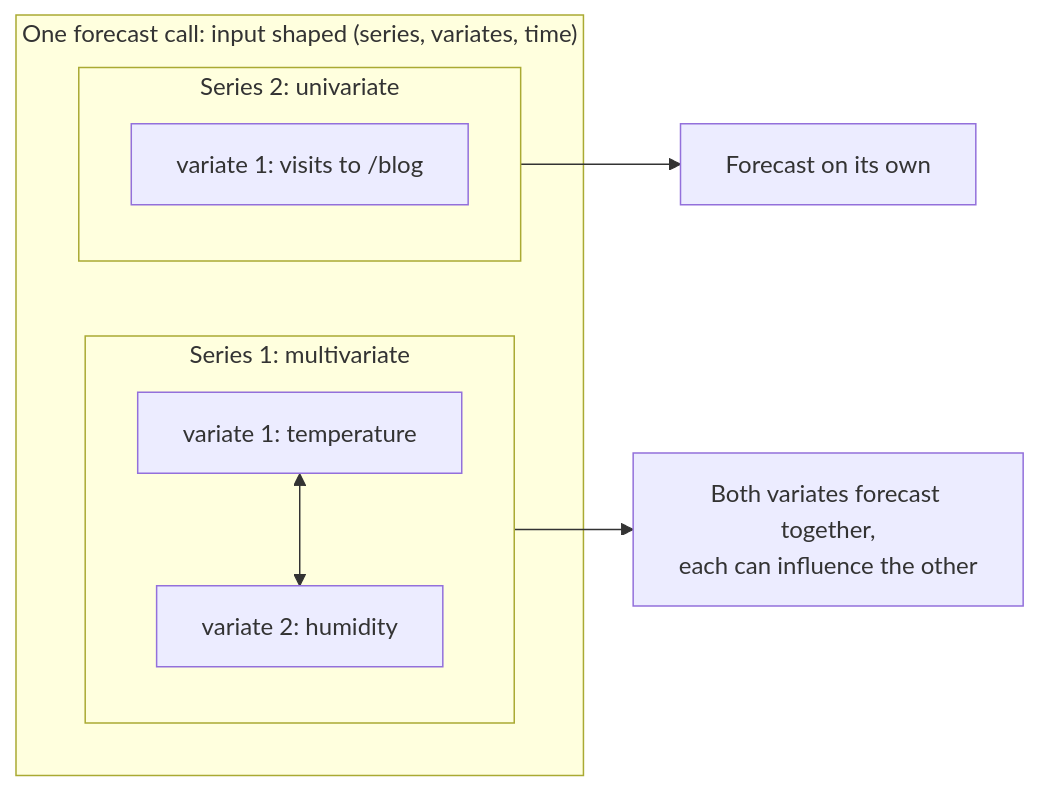
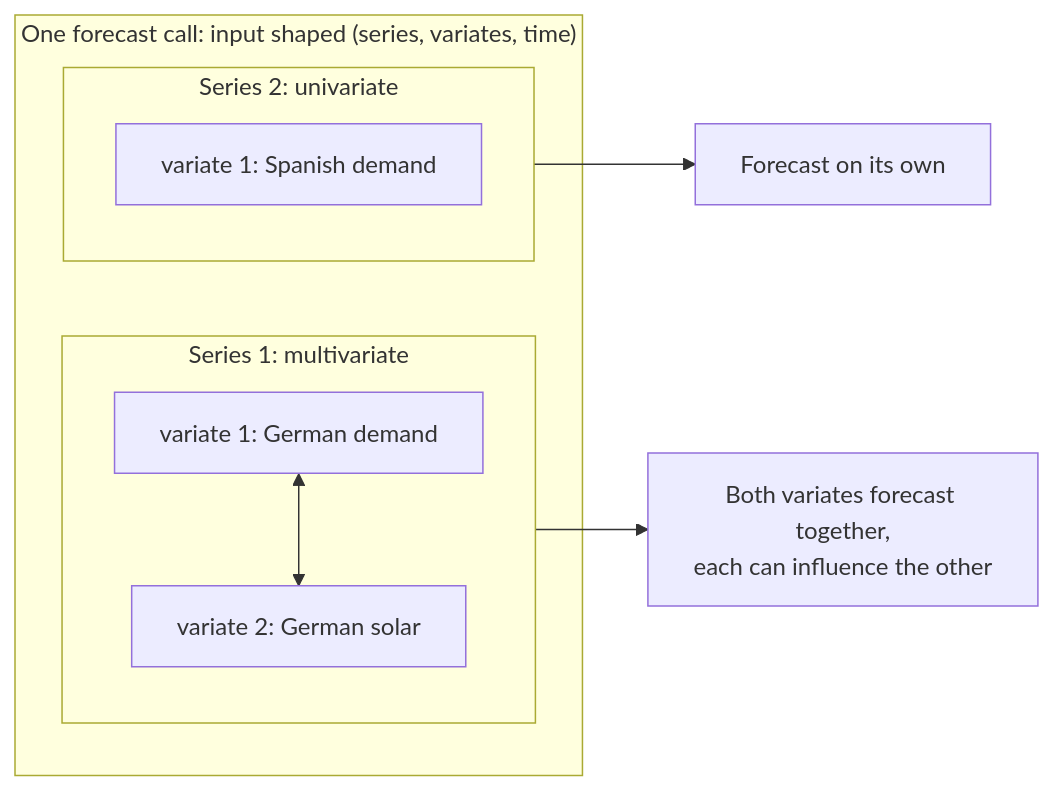
The fourth of 11 diagrams in docs/01-concepts.md (mourjo/zero-shot-forecasting), drawn with Mermaid before and after one commit. The commit also changed other lines of this file and 3 other files, not shown here.

````diff
--- a/docs/01-concepts.md
+++ b/docs/01-concepts.md
@@ -255,13 +267,13 @@
 ```mermaid
 flowchart LR
     subgraph IN["One forecast call: input shaped (series, variates, time)"]
         subgraph S1["Series 1: multivariate"]
-            V1["variate 1: temperature"] <--> V2["variate 2: humidity"]
+            V1["variate 1: German demand"] <--> V2["variate 2: German solar"]
         end
         subgraph S2["Series 2: univariate"]
-            W1["variate 1: visits to /blog"]
+            W1["variate 1: Spanish demand"]
         end
     end
     S1 --> O1["Both variates forecast together,<br/>each can influence the other"]
     S2 --> O2["Forecast on its own"]
 ```
````
